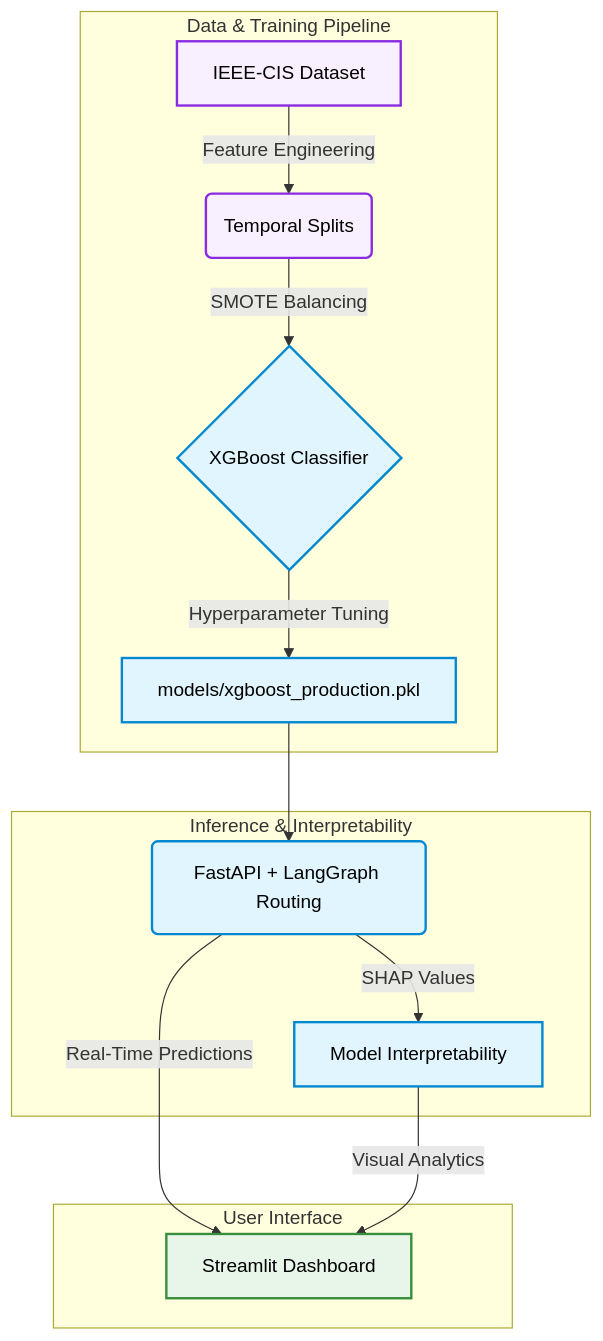
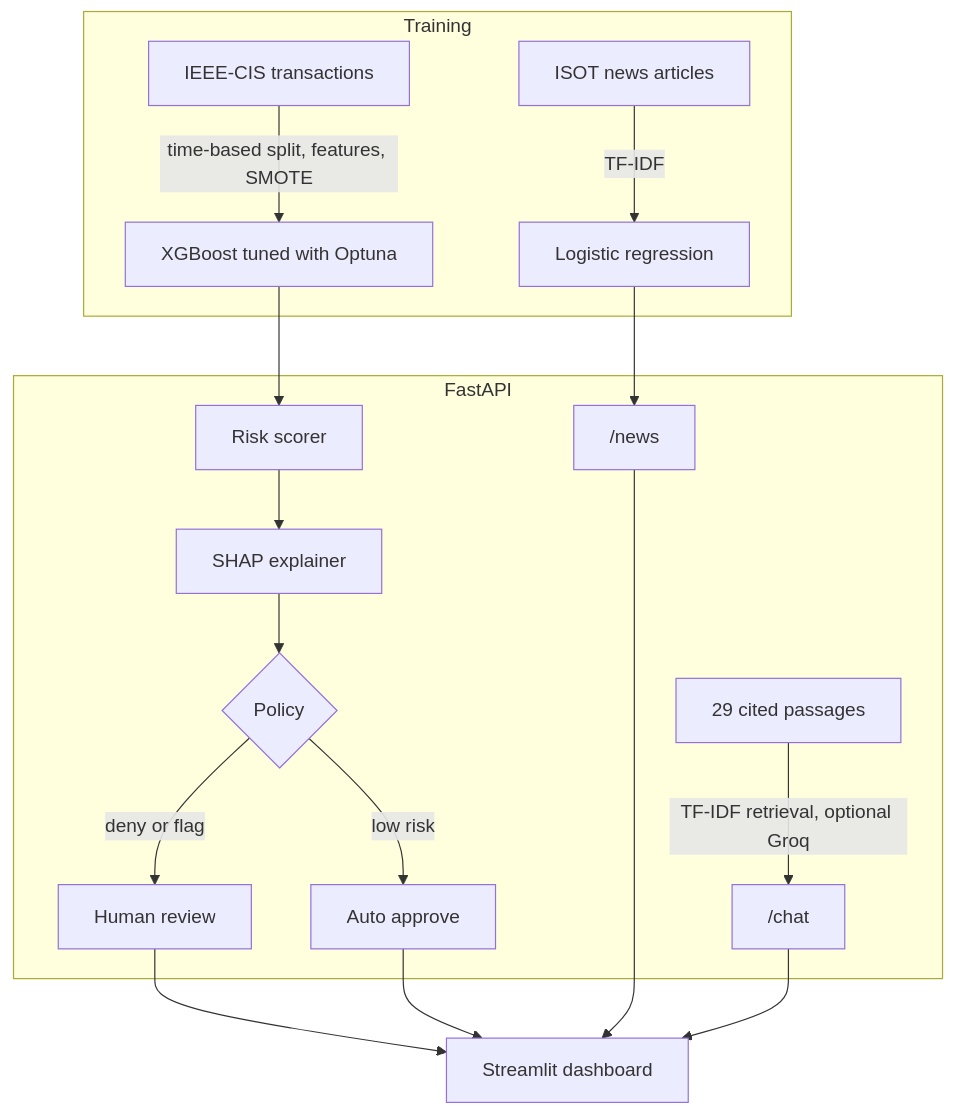
The diagram in README.md (Shashank17singh/Agentic-Fraud-Sentinel), drawn with Mermaid before and after one commit. The commit also changed other lines of this file, not shown here.

````diff
--- a/README.md
+++ b/README.md
@@ -19,26 +10,22 @@
 ```mermaid
 graph TD
-    subgraph "Data & Training Pipeline"
-    A[IEEE-CIS Dataset] -->|Feature Engineering| B(Temporal Splits)
-    B -->|SMOTE Balancing| C{XGBoost Classifier}
-    C -->|Hyperparameter Tuning| D[models/xgboost_production.pkl]
+    subgraph "Training"
+    A[IEEE-CIS transactions] -->|time-based split, features, SMOTE| B[XGBoost tuned with Optuna]
+    I[ISOT news articles] -->|TF-IDF| J[Logistic regression]
     end
 
-    subgraph "Inference & Interpretability"
-    D --> E(FastAPI + LangGraph Routing)
-    E -->|SHAP Values| F[Model Interpretability]
+    subgraph "FastAPI"
+    B --> C[Risk scorer]
+    C --> D[SHAP explainer]
+    D --> E{Policy}
+    E -->|deny or flag| F[Human review]
+    E -->|low risk| G[Auto approve]
+    J --> K["/news"]
+    L[29 cited passages] -->|TF-IDF retrieval, optional Groq| M["/chat"]
     end
 
-    subgraph "User Interface"
-    E -->|Real-Time Predictions| G[Streamlit Dashboard]
-    F -->|Visual Analytics| G
-    end
-
-    classDef data fill:#f9f0ff,stroke:#8a2be2,stroke-width:2px,color:#000;
-    classDef core fill:#e1f5fe,stroke:#0288d1,stroke-width:2px,color:#000;
-    classDef ui fill:#e8f5e9,stroke:#388e3c,stroke-width:2px,color:#000;
-
-    class A,B data;
-    class C,D,E,F core;
-    class G ui;
+    F --> N[Streamlit dashboard]
+    G --> N
+    K --> N
+    M --> N
 ```
````
